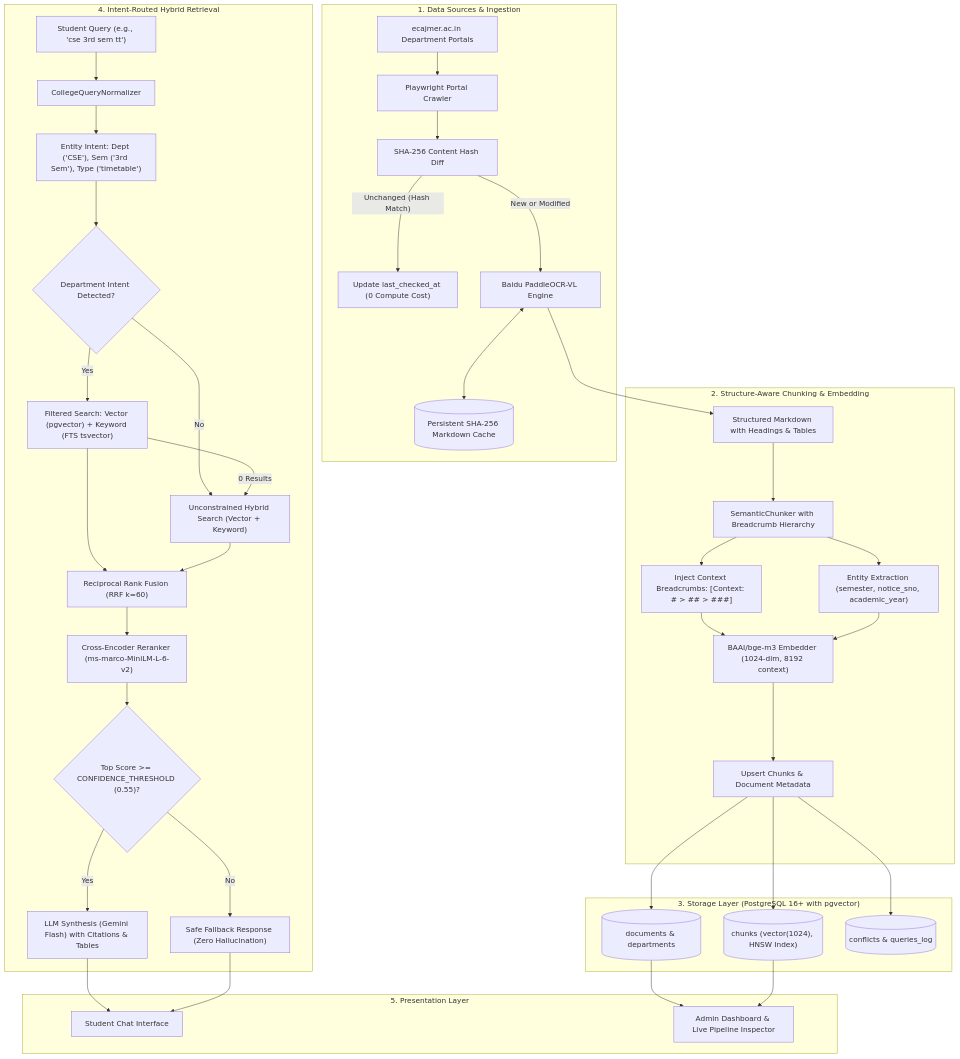
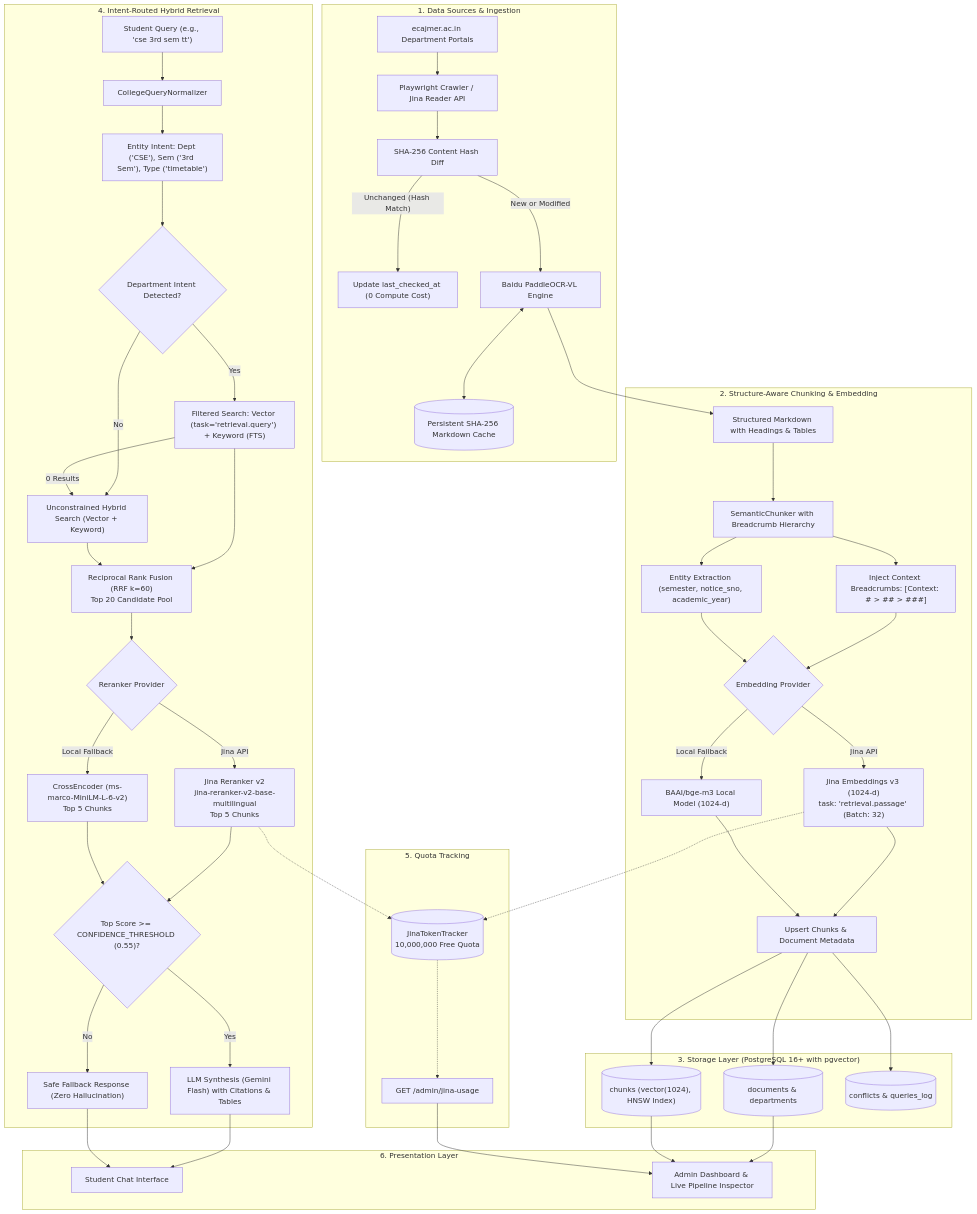
The diagram in README.md (shubhamkumarsharma03/Edusync), drawn with Mermaid before and after one commit. The commit also changed other lines of this file and 2 other files, not shown here.

Commit message:
docs: update README, TDD, and ADR-015 for Jina AI integration and quota tracking

````diff
--- a/README.md
+++ b/README.md
@@ -40,44 +46,54 @@
 ```mermaid
 flowchart TD
     subgraph DataSources ["1. Data Sources & Ingestion"]
-        DS1["ecajmer.ac.in Department Portals"] --> CRAWL["Playwright Portal Crawler"]
+        DS1["ecajmer.ac.in Department Portals"] --> CRAWL["Playwright Crawler / Jina Reader API"]
         CRAWL --> HASH["SHA-256 Content Hash Diff"]
         HASH -- "Unchanged (Hash Match)" --> SKIP["Update last_checked_at (0 Compute Cost)"]
         HASH -- "New or Modified" --> OCR["Baidu PaddleOCR-VL Engine"]
         OCR <--> OCACHE[("Persistent SHA-256 Markdown Cache")]
     end
 
     subgraph ChunkingAndEmbedding ["2. Structure-Aware Chunking & Embedding"]
         OCR --> MD["Structured Markdown with Headings & Tables"]
         MD --> CHUNKER["SemanticChunker with Breadcrumb Hierarchy"]
         CHUNKER --> ENT["Entity Extraction (semester, notice_sno, academic_year)"]
         CHUNKER --> BC["Inject Context Breadcrumbs: [Context: # > ## > ###]"]
-        BC & ENT --> EMBED["BAAI/bge-m3 Embedder (1024-dim, 8192 context)"]
-        EMBED --> UP["Upsert Chunks & Document Metadata"]
+        BC & ENT --> EMBED{"Embedding Provider"}
+        EMBED -- "Jina API" --> JINA_EMBED["Jina Embeddings v3 (1024-d)<br/>task: 'retrieval.passage' (Batch: 32)"]
+        EMBED -- "Local Fallback" --> LOCAL_EMBED["BAAI/bge-m3 Local Model (1024-d)"]
+        JINA_EMBED & LOCAL_EMBED --> UP["Upsert Chunks & Document Metadata"]
     end
 
     subgraph StorageLayer ["3. Storage Layer (PostgreSQL 16+ with pgvector)"]
         UP --> DB_DOCS[("documents & departments")]
         UP --> DB_CHUNKS[("chunks (vector(1024), HNSW Index)")]
         UP --> DB_CONF[("conflicts & queries_log")]
     end
 
     subgraph RetrievalPipeline ["4. Intent-Routed Hybrid Retrieval"]
         QUERY["Student Query (e.g., 'cse 3rd sem tt')"] --> NORM["CollegeQueryNormalizer"]
         NORM --> DETECT["Entity Intent: Dept ('CSE'), Sem ('3rd Sem'), Type ('timetable')"]
         DETECT --> ROUTE{"Department Intent Detected?"}
-        ROUTE -- Yes --> SEARCH_FILT["Filtered Search: Vector (pgvector) + Keyword (FTS tsvector)"]
+        ROUTE -- Yes --> SEARCH_FILT["Filtered Search: Vector (task='retrieval.query') + Keyword (FTS)"]
         ROUTE -- No --> SEARCH_UNFILT["Unconstrained Hybrid Search (Vector + Keyword)"]
         SEARCH_FILT -- "0 Results" --> SEARCH_UNFILT
-        SEARCH_FILT & SEARCH_UNFILT --> RRF["Reciprocal Rank Fusion (RRF k=60)"]
-        RRF --> RERANK["Cross-Encoder Reranker (ms-marco-MiniLM-L-6-v2)"]
-        RERANK --> GATE{"Top Score >= CONFIDENCE_THRESHOLD (0.55)?"}
+        SEARCH_FILT & SEARCH_UNFILT --> RRF["Reciprocal Rank Fusion (RRF k=60)<br/>Top 20 Candidate Pool"]
+        RRF --> RERANK{"Reranker Provider"}
+        RERANK -- "Jina API" --> JINA_RERANK["Jina Reranker v2<br/>jina-reranker-v2-base-multilingual<br/>Top 5 Chunks"]
+        RERANK -- "Local Fallback" --> LOCAL_RERANK["CrossEncoder (ms-marco-MiniLM-L-6-v2)<br/>Top 5 Chunks"]
+        JINA_RERANK & LOCAL_RERANK --> GATE{"Top Score >= CONFIDENCE_THRESHOLD (0.55)?"}
         GATE -- No --> FALLBACK["Safe Fallback Response (Zero Hallucination)"]
         GATE -- Yes --> LLM["LLM Synthesis (Gemini Flash) with Citations & Tables"]
     end
 
-    subgraph PresentationLayer ["5. Presentation Layer"]
+    subgraph QuotaManagement ["5. Quota Tracking"]
+        JINA_EMBED -.-> TRACKER[("JinaTokenTracker<br/>10,000,000 Free Quota")]
+        JINA_RERANK -.-> TRACKER
+        TRACKER -.-> ADMIN_USAGE["GET /admin/jina-usage"]
+    end
+
+    subgraph PresentationLayer ["6. Presentation Layer"]
         LLM & FALLBACK --> CHAT_UI["Student Chat Interface"]
-        DB_DOCS & DB_CHUNKS --> ADMIN_UI["Admin Dashboard & Live Pipeline Inspector"]
+        DB_DOCS & DB_CHUNKS & ADMIN_USAGE --> ADMIN_UI["Admin Dashboard & Live Pipeline Inspector"]
     end
 ```
````
